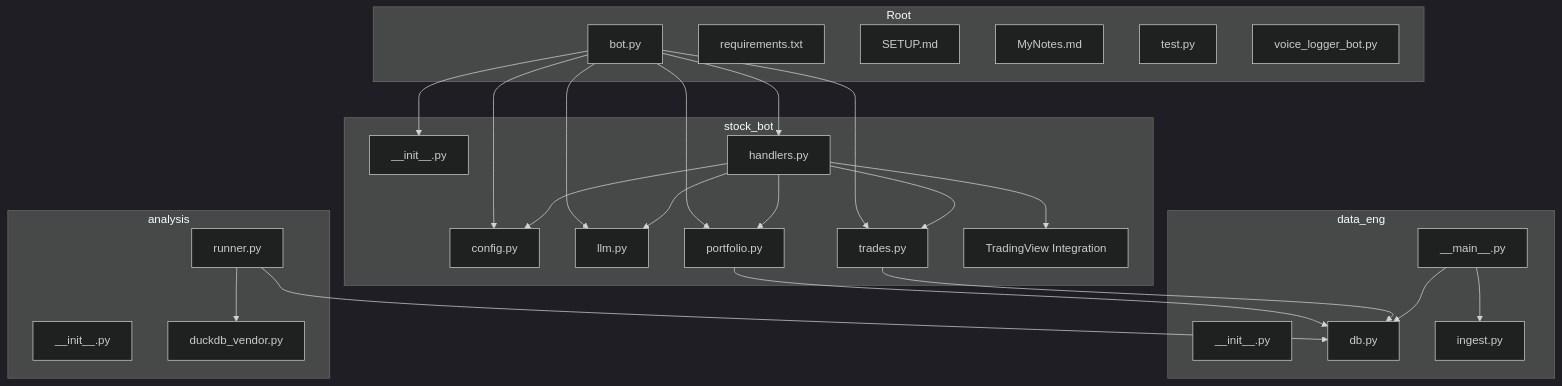
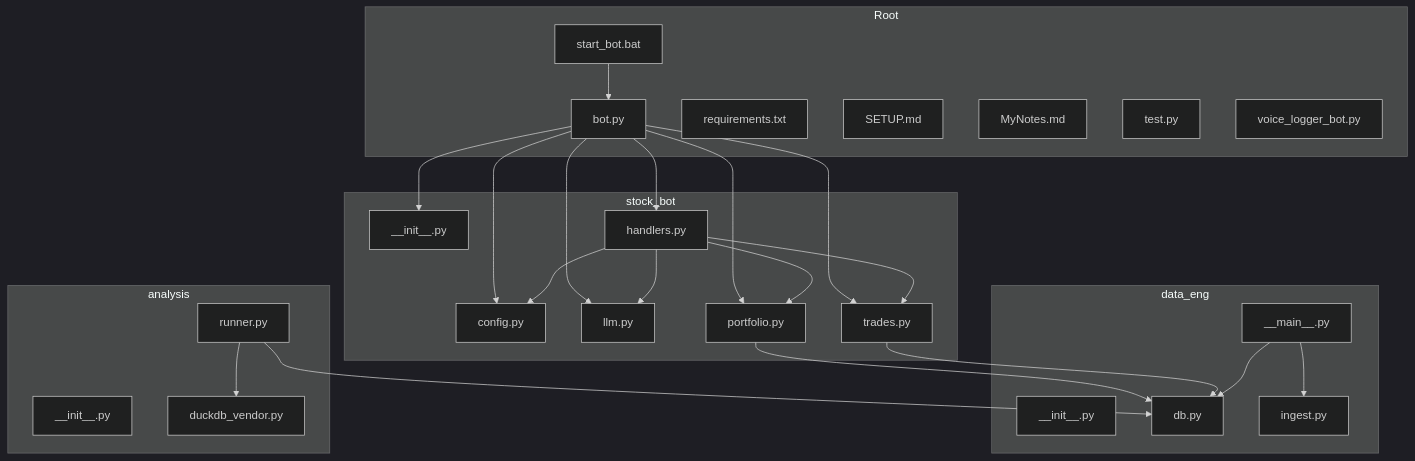
The first of 5 diagrams in .qoder/repowiki/en/content/Core Components/Stock Trading Bot.md (ZengSeng/telegram-bot), drawn with Mermaid (dark theme) before and after one commit. The commit also changed other lines of this file and 9 other files, not shown here.

````diff
--- a/.qoder/repowiki/en/content/Core Components/Stock Trading Bot.md
+++ b/.qoder/repowiki/en/content/Core Components/Stock Trading Bot.md
@@ -58,48 +60,48 @@
 ```mermaid
 graph TB
 subgraph "Root"
 BOT["bot.py"]
 REQ["requirements.txt"]
 SETUP["SETUP.md"]
 NOTES["MyNotes.md"]
 TEST["test.py"]
 VOICE["voice_logger_bot.py"]
+STARTBAT["start_bot.bat"]
 end
 subgraph "stock_bot"
 SB_INIT["__init__.py"]
 CFG["config.py"]
 HND["handlers.py"]
 LLM["llm.py"]
 PORTFOLIO["portfolio.py"]
 TRADES["trades.py"]
-TV_INTEGRATION["TradingView Integration"]
 end
 subgraph "data_eng"
 DE_INIT["__init__.py"]
 DE_MAIN["__main__.py"]
 DB["db.py"]
 INGEST["ingest.py"]
 end
 subgraph "analysis"
 AN_INIT["__init__.py"]
 DUCK["duckdb_vendor.py"]
 RUN["runner.py"]
 end
 BOT --> SB_INIT
 BOT --> HND
 BOT --> CFG
 BOT --> LLM
 BOT --> PORTFOLIO
 BOT --> TRADES
 HND --> PORTFOLIO
 HND --> TRADES
 HND --> LLM
 HND --> CFG
-HND --> TV_INTEGRATION
 PORTFOLIO --> DB
 TRADES --> DB
 DE_MAIN --> INGEST
 DE_MAIN --> DB
 RUN --> DUCK
 RUN --> DB
+STARTBAT --> BOT
 ```
````
